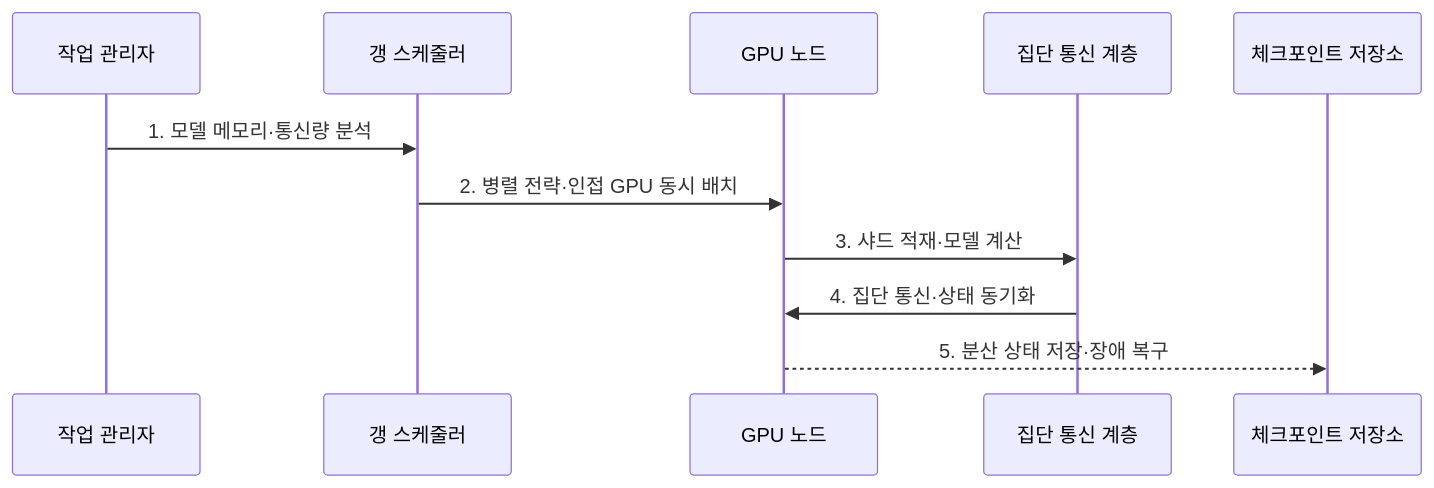
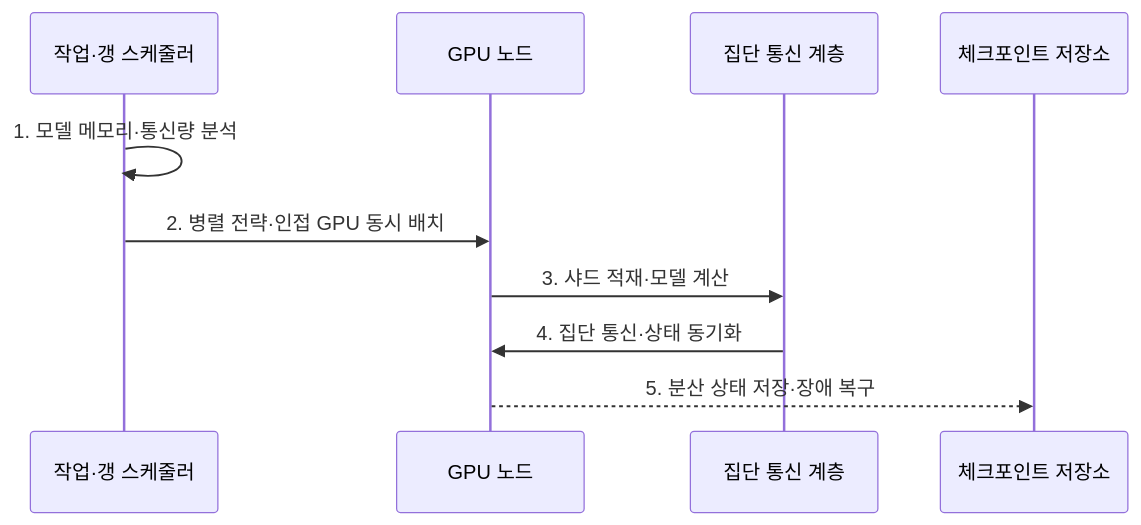
The second of 2 diagrams in src/content/docs/notes/08-latest-tech/139_gpu_cluster.md (agnusdei1207/knowledge-base), drawn with Mermaid before and after one commit. The commit also changed 5 other files, not shown here.

Commit message:
Clarify AI operations flow roles

````diff
--- a/src/content/docs/notes/08-latest-tech/139_gpu_cluster.md
+++ b/src/content/docs/notes/08-latest-tech/139_gpu_cluster.md
@@ -100,13 +100,12 @@
 ```mermaid
 sequenceDiagram
-    participant O as 작업 관리자
-    participant S as 갱 스케줄러
+    participant O as 작업·갱 스케줄러
     participant N as GPU 노드
     participant C as 집단 통신 계층
     participant R as 체크포인트 저장소
-    O->>S: 1. 모델 메모리·통신량 분석
-    S->>N: 2. 병렬 전략·인접 GPU 동시 배치
+    O->>O: 1. 모델 메모리·통신량 분석
+    O->>N: 2. 병렬 전략·인접 GPU 동시 배치
     N->>C: 3. 샤드 적재·모델 계산
     C->>N: 4. 집단 통신·상태 동기화
     N-->>R: 5. 분산 상태 저장·장애 복구
 ```
````
